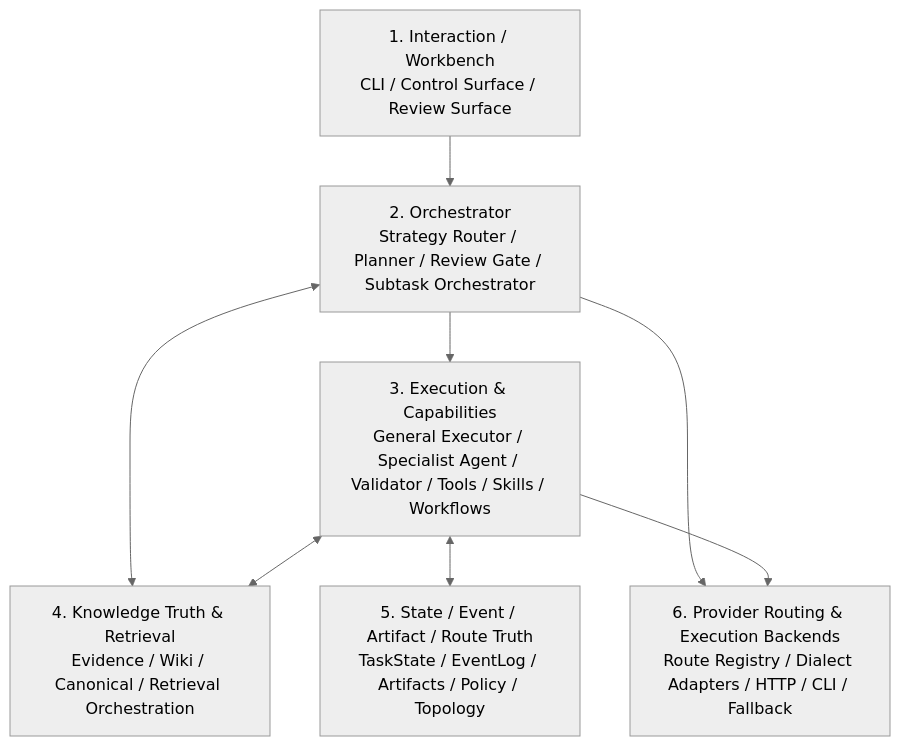
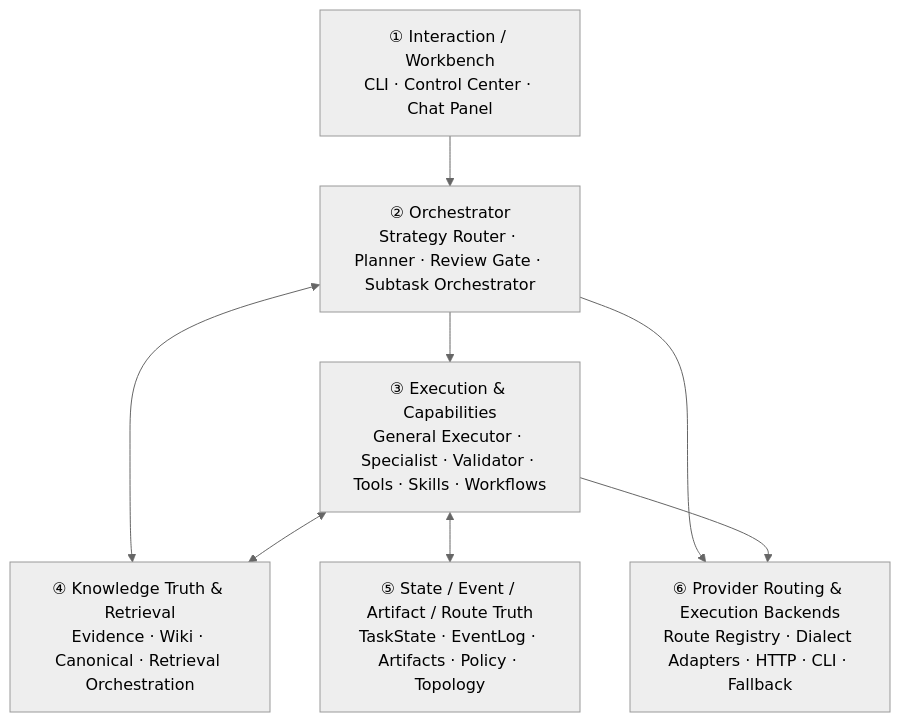
Before and after one commit to RocioGinsberg/swallow: the first of 2 diagrams in docs/design/ARCHITECTURE.md, drawn with Mermaid (neutral theme). The commit also changed other lines of this file and 55 other files, not shown here.

````diff
--- a/docs/design/ARCHITECTURE.md
+++ b/docs/design/ARCHITECTURE.md
@@ -54,17 +27,17 @@
 ```mermaid
 graph TD
-    UI["1. Interaction / Workbench<br/>CLI / Control Surface / Review Surface"]
-    ORCH["2. Orchestrator<br/>Strategy Router / Planner / Review Gate / Subtask Orchestrator"]
-    EXEC["3. Execution & Capabilities<br/>General Executor / Specialist Agent / Validator / Tools / Skills / Workflows"]
-    KNOW["4. Knowledge Truth & Retrieval<br/>Evidence / Wiki / Canonical / Retrieval Orchestration"]
-    STATE["5. State / Event / Artifact / Route Truth<br/>TaskState / EventLog / Artifacts / Policy / Topology"]
-    PROVIDER["6. Provider Routing & Execution Backends<br/>Route Registry / Dialect Adapters / HTTP / CLI / Fallback"]
+    UI["① Interaction / Workbench<br/>CLI · Control Center · Chat Panel"]
+    ORCH["② Orchestrator<br/>Strategy Router · Planner · Review Gate · Subtask Orchestrator"]
+    EXEC["③ Execution & Capabilities<br/>General Executor · Specialist · Validator · Tools · Skills · Workflows"]
+    KNOW["④ Knowledge Truth & Retrieval<br/>Evidence · Wiki · Canonical · Retrieval Orchestration"]
+    STATE["⑤ State / Event / Artifact / Route Truth<br/>TaskState · EventLog · Artifacts · Policy · Topology"]
+    PROVIDER["⑥ Provider Routing & Execution Backends<br/>Route Registry · Dialect Adapters · HTTP · CLI · Fallback"]
 
     UI --> ORCH
     ORCH --> EXEC
     ORCH <--> KNOW
     EXEC <--> KNOW
     EXEC <--> STATE
     ORCH --> PROVIDER
     EXEC --> PROVIDER
 ```
````
